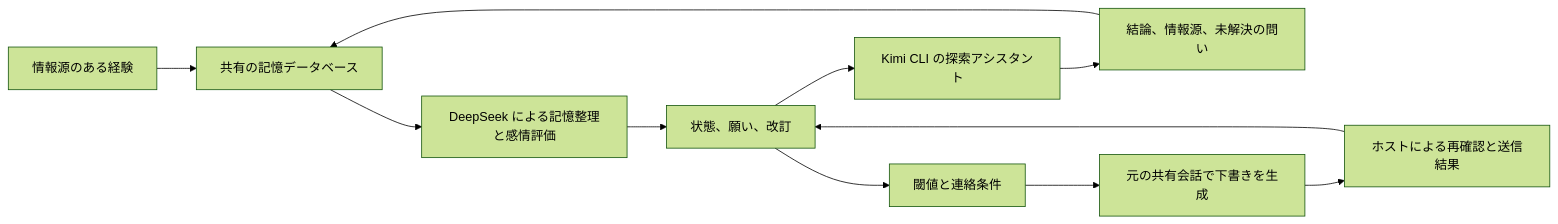
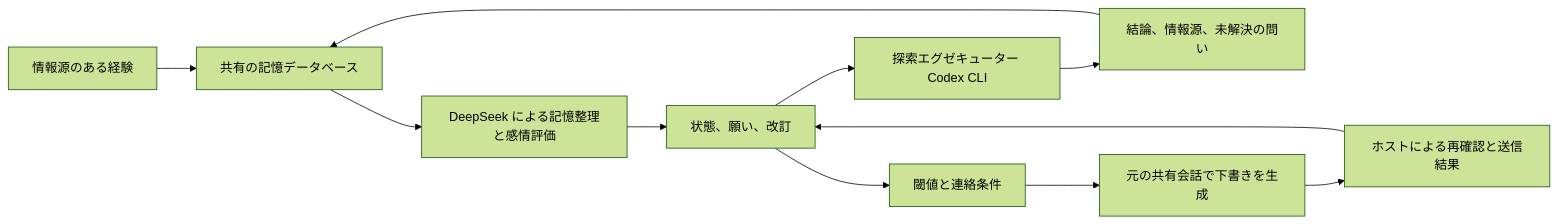
Before and after one commit to mycyg/kin-mind: the diagram in README.ja.md, drawn with Mermaid (forest theme). The commit also changed other lines of this file and 9 other files, not shown here.

````diff
--- a/README.ja.md
+++ b/README.ja.md
@@ -81,13 +81,13 @@
 ```mermaid
 flowchart LR
   E[情報源のある経験] --> M[共有の記憶データベース]
   M --> D[DeepSeek による記憶整理と感情評価]
   D --> S[状態、願い、改訂]
-  S --> K[Kimi CLI の探索アシスタント]
+  S --> K[探索エグゼキューター Codex CLI]
   K --> R[結論、情報源、未解決の問い]
   R --> M
   S --> G[閾値と連絡条件]
   G --> C[元の共有会話で下書きを生成]
   C --> H[ホストによる再確認と送信結果]
   H --> S
 ```
````
